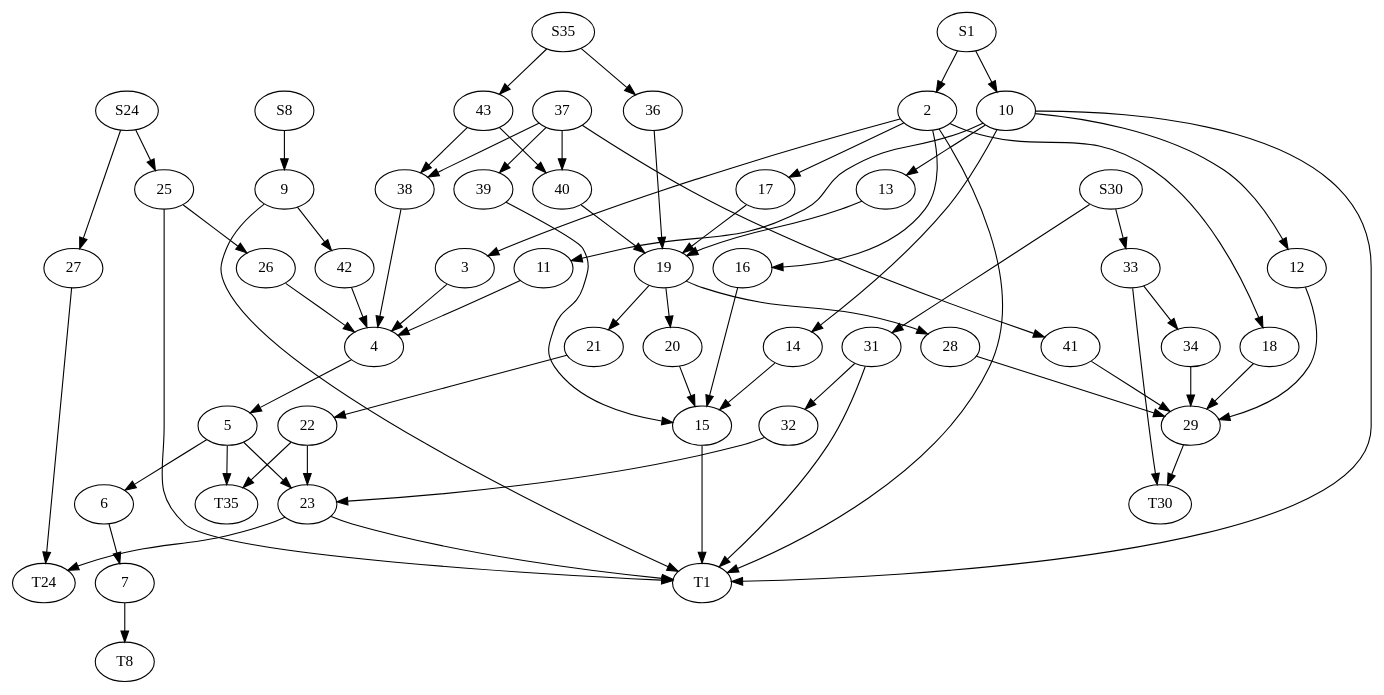
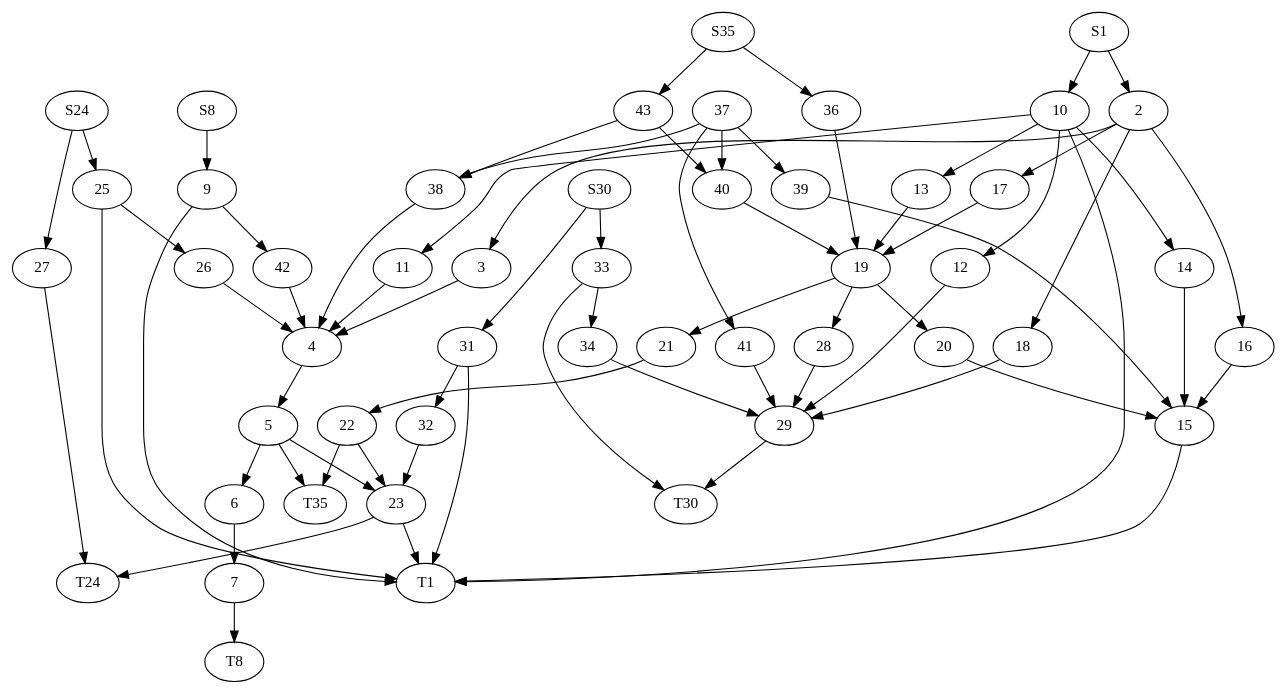
One commit to stefanrinderle/SoftViz3D changed the diagram in x3d/world.dot. Above: the diagram before and after it, drawn with Graphviz. The commit also changed 7 other files, not shown here.

```diff
--- a/x3d/world.dot
+++ b/x3d/world.dot
@@ -1,56 +1,56 @@
 digraph G {
 	S8 -> 9;
 S24 -> 25;
 S24 -> 27;
 S1 -> 2;
 S1 -> 10;
 S35 -> 43;
 S35 -> 36;
 S30 -> 31;
 S30 -> 33;
 9 -> 42;
 9 -> T1;
 25 -> T1;
 25 -> 26;
 27 -> T24;
-2 -> {3 ; 16 ; 17 ; T1 ; 18}
+2 -> {3 ; 16 ; 17 ; 18}
 10 -> { 11 ; 14 ; T1 ; 13; 12;}
 31 -> T1;
 31 -> 32;
 33 -> T30;
 33 -> 34;
 42 -> 4;
 26 -> 4;
 3 -> 4;
 16 -> 15;
 17 -> 19;
 18 -> 29;
 11 -> 4;
 14 -> 15;
 37 -> {39 ; 41 ; 38 ; 40;}
 13 -> 19;
 12 -> 29;
 43 -> 38;
 43 -> 40;
 36 -> 19;
 32 -> 23;
 34 -> 29;
 39 -> 15;
 41 -> 29;
 38 -> 4;
 40 -> 19;
 4 -> 5;
 19 -> {21 ; 20 ; 28;}
 5 -> {6 ; T35 ; 23;}
 21 -> 22;
 20 -> 15;
 28 -> 29;
 6 -> 7;
 15 -> T1;
 22 -> T35;
 22 -> 23;
 29 -> T30;
 7 -> T8;
 23 -> T24;
 23 -> T1;
 }
```
